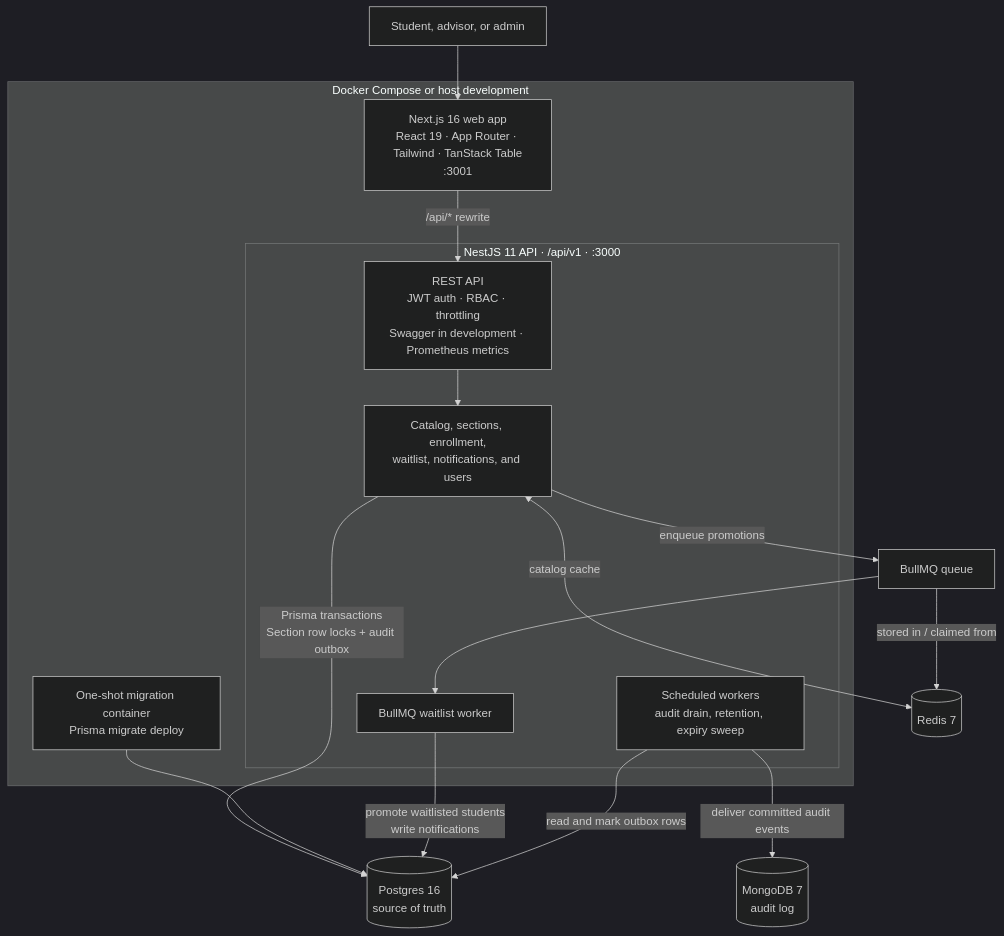
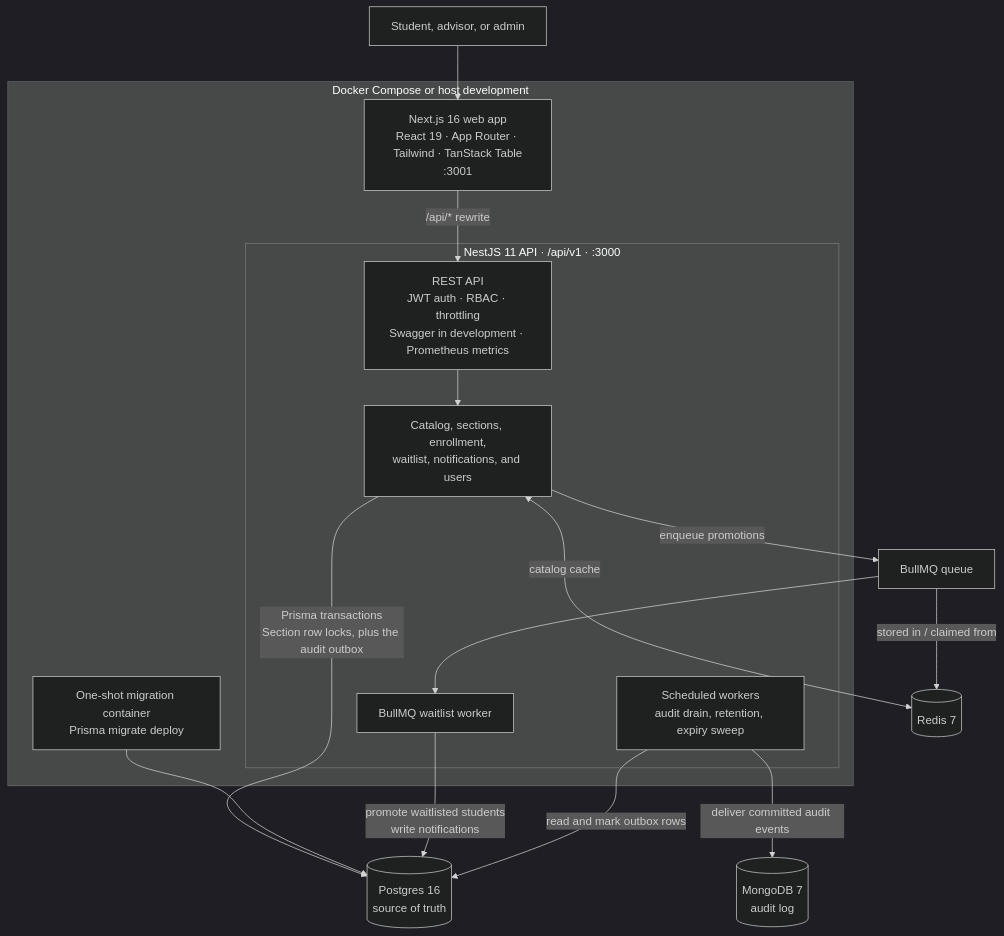
The first of 2 diagrams in README.md (rzavala1989/enroll), drawn with Mermaid (dark theme) before and after one commit. The commit also changed other lines of this file, not shown here.

Commit message:
README diagram

````diff
--- a/README.md
+++ b/README.md
@@ -10,29 +10,29 @@
 ```mermaid
 flowchart TB
   User["Student, advisor, or admin"] --> Web
 
   subgraph Compose["Docker Compose or host development"]
     Web["Next.js 16 web app<br/>React 19 · App Router · Tailwind · TanStack Table<br/>:3001"]
 
     subgraph APIProcess["NestJS 11 API · /api/v1 · :3000"]
       API["REST API<br/>JWT auth · RBAC · throttling<br/>Swagger in development · Prometheus metrics"]
       Domain["Catalog, sections, enrollment,<br/>waitlist, notifications, and users"]
       Worker["BullMQ waitlist worker"]
       Scheduler["Scheduled workers<br/>audit drain, retention, expiry sweep"]
       API --> Domain
     end
 
     Migrate["One-shot migration container<br/>Prisma migrate deploy"]
   end
 
   Web -->|"/api/* rewrite"| API
-  Domain -->|"Prisma transactions<br/>Section row locks + audit outbox"| Postgres[(Postgres 16<br/>source of truth)]
+  Domain -->|"Prisma transactions<br/>Section row locks, plus the audit outbox"| Postgres[(Postgres 16<br/>source of truth)]
   Migrate --> Postgres
   Domain <-->|"catalog cache"| Redis[(Redis 7)]
   Domain -->|"enqueue promotions"| Queue["BullMQ queue"]
   Queue -->|"stored in / claimed from"| Redis
   Queue --> Worker
   Worker -->|"promote waitlisted students<br/>write notifications"| Postgres
   Scheduler -->|"read and mark outbox rows"| Postgres
   Scheduler -->|"deliver committed audit events"| Mongo[(MongoDB 7<br/>audit log)]
 ```
````
